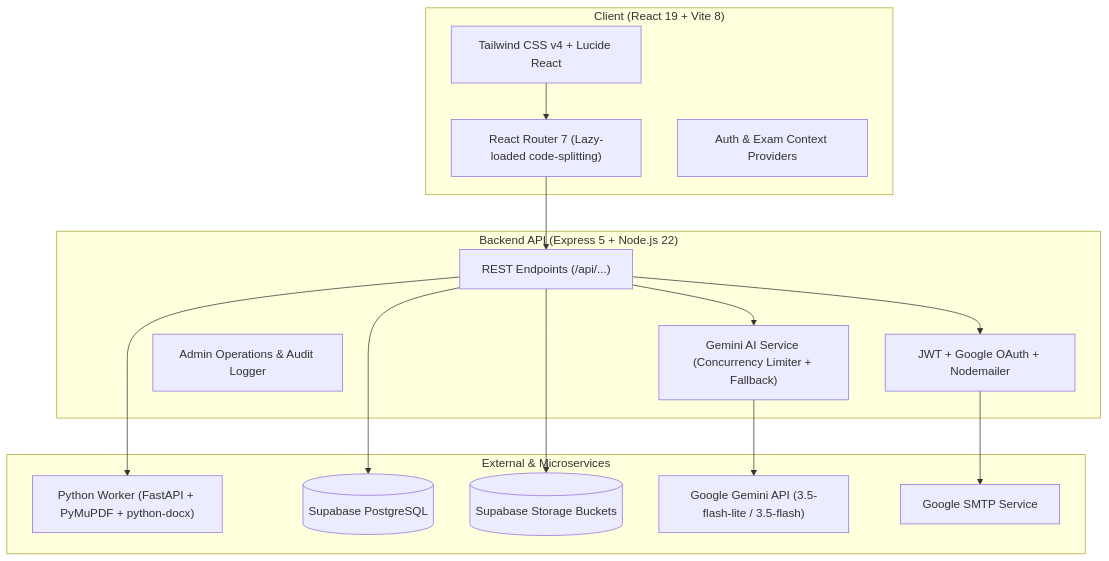
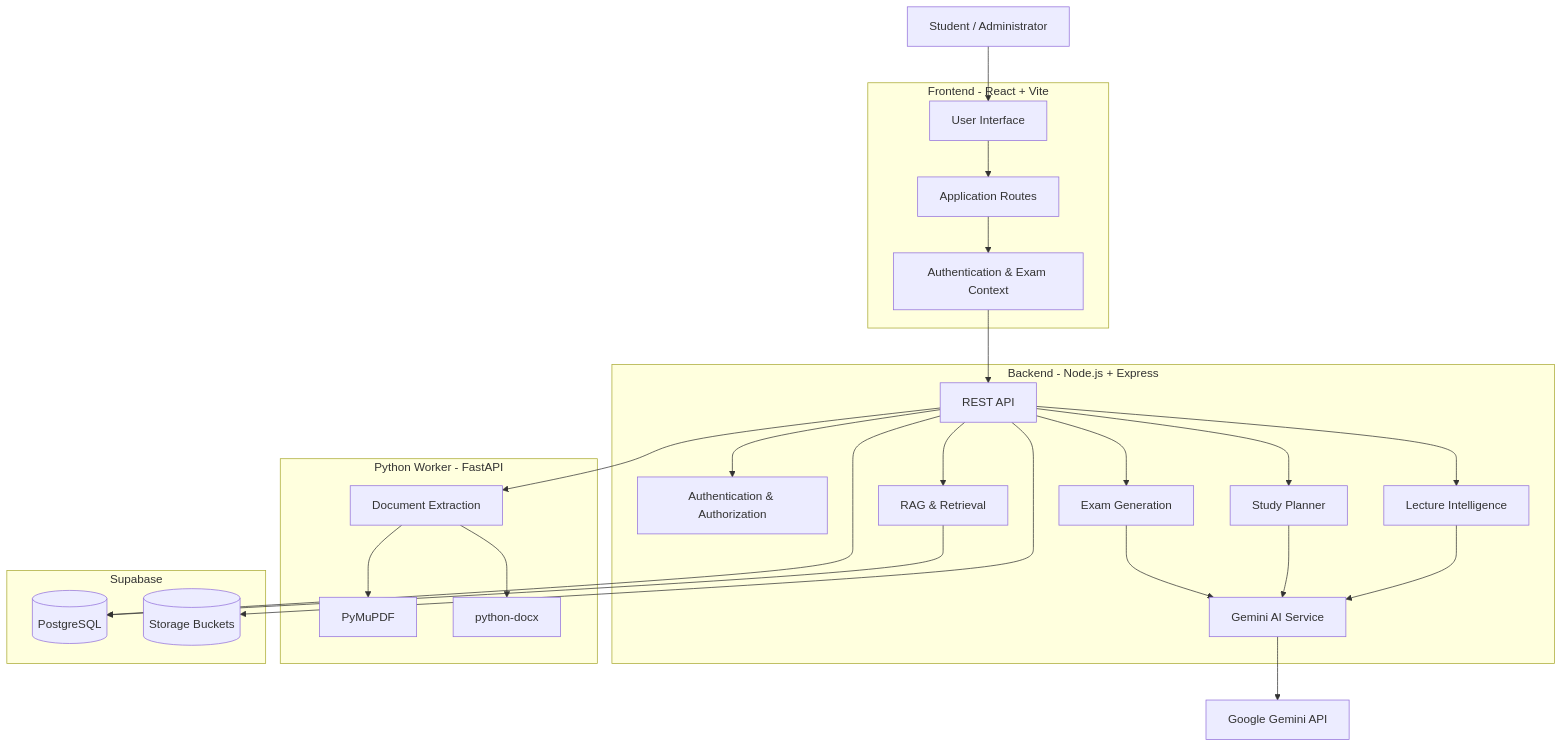
The diagram in README.md (itzMK678/Exam-Fordge), drawn with Mermaid before and after one commit. The commit also changed other lines of this file, not shown here.

````diff
--- a/README.md
+++ b/README.md
@@ -71,33 +125,56 @@
 ```mermaid
-flowchart TD
-    subgraph Frontend ["Client (React 19 + Vite 8)"]
-        UI["Tailwind CSS v4 + Lucide React"]
-        Routes["React Router 7 (Lazy-loaded code-splitting)"]
-        AuthContext["Auth & Exam Context Providers"]
+flowchart TB
+    USER["Student / Administrator"]
+
+    subgraph CLIENT["Frontend - React + Vite"]
+        UI["User Interface"]
+        ROUTES["Application Routes"]
+        CONTEXT["Authentication & Exam Context"]
     end
 
-    subgraph Backend ["Backend API (Express 5 + Node.js 22)"]
-        API["REST Endpoints (/api/...)"]
-        GeminiService["Gemini AI Service (Concurrency Limiter + Fallback)"]
-        AdminService["Admin Operations & Audit Logger"]
-        AuthService["JWT + Google OAuth + Nodemailer"]
+    subgraph SERVER["Backend - Node.js + Express"]
+        API["REST API"]
+        AUTH["Authentication & Authorization"]
+        EXAM["Exam Generation"]
+        PLANNER["Study Planner"]
+        LECTURE["Lecture Intelligence"]
+        AI["Gemini AI Service"]
+        RAG["RAG & Retrieval"]
     end
 
-    subgraph Services ["External & Microservices"]
-        Worker["Python Worker (FastAPI + PyMuPDF + python-docx)"]
-        SupabaseDB[("Supabase PostgreSQL")]
-        SupabaseStorage[("Supabase Storage Buckets")]
-        GoogleAI["Google Gemini API (3.5-flash-lite / 3.5-flash)"]
-        Gmail["Google SMTP Service"]
+    subgraph WORKER["Python Worker - FastAPI"]
+        EXTRACT["Document Extraction"]
+        PDF["PyMuPDF"]
+        DOCX["python-docx"]
     end
 
-    UI --> Routes
-    Routes --> API
-    API --> Worker
-    API --> SupabaseDB
-    API --> SupabaseStorage
-    API --> GeminiService
-    GeminiService --> GoogleAI
-    API --> AuthService
-    AuthService --> Gmail
+    subgraph STORAGE["Supabase"]
+        DB[("PostgreSQL")]
+        FILES[("Storage Buckets")]
+    end
+
+    GEMINI["Google Gemini API"]
+
+    USER --> UI
+    UI --> ROUTES
+    ROUTES --> CONTEXT
+    CONTEXT --> API
+
+    API --> AUTH
+    API --> EXAM
+    API --> PLANNER
+    API --> LECTURE
+    API --> RAG
+
+    API --> EXTRACT
+    EXTRACT --> PDF
+    EXTRACT --> DOCX
+
+    API --> DB
+    API --> FILES
+    RAG --> DB
+    AI --> GEMINI
+    EXAM --> AI
+    PLANNER --> AI
+    LECTURE --> AI
 ```
````
